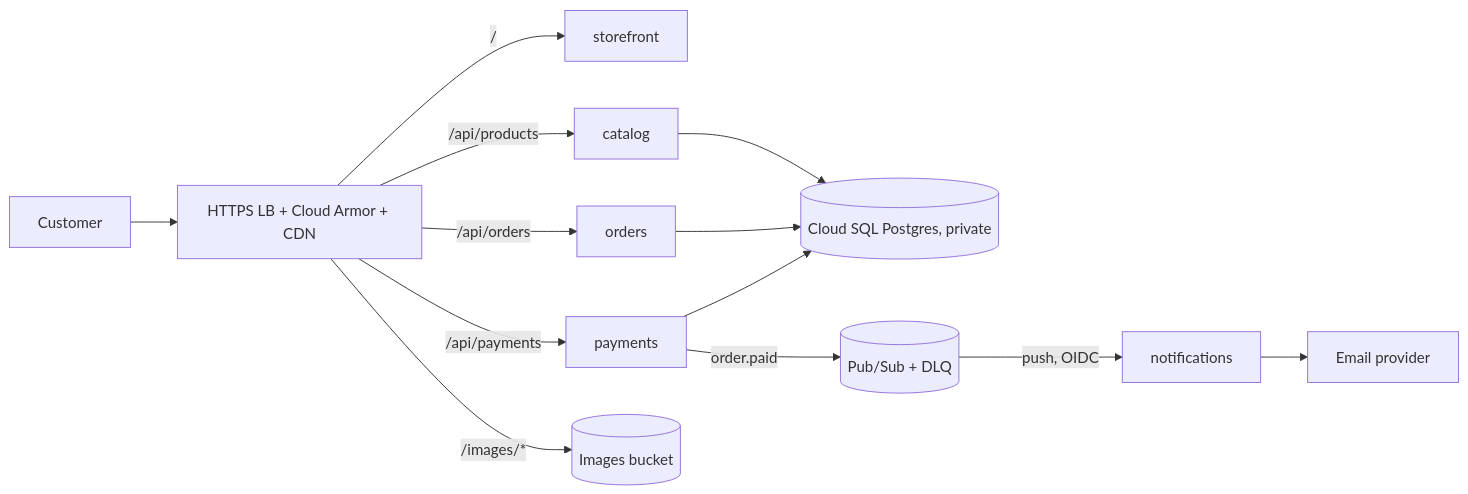
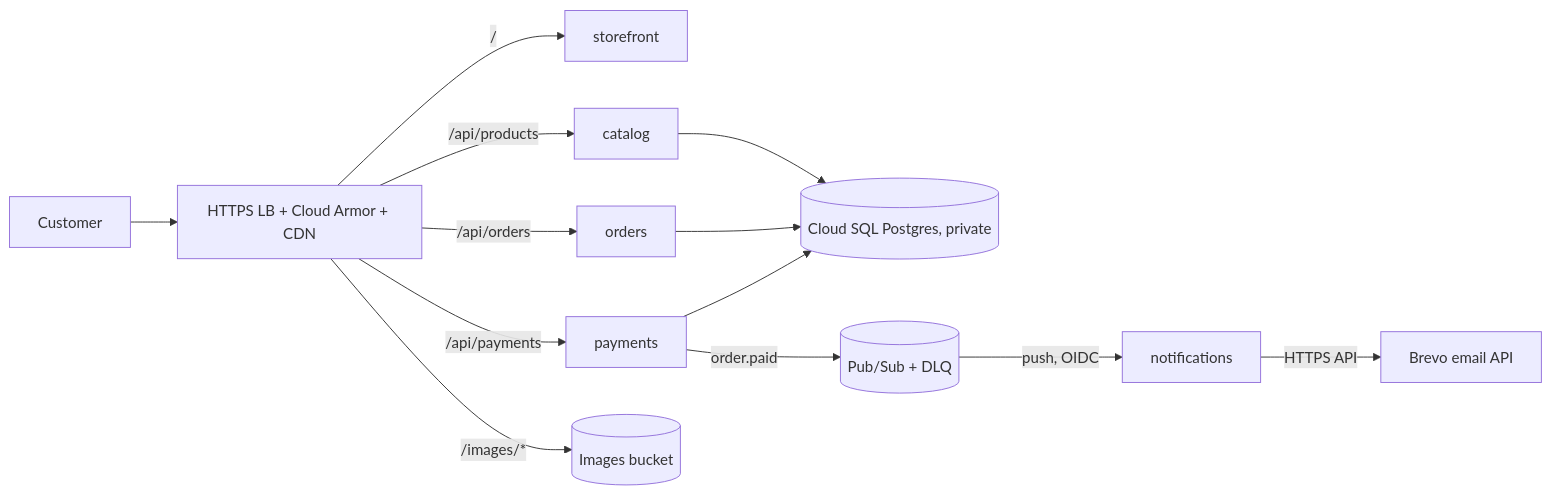
One commit to manojrasia/cloudrun changed the diagram in README.md. Above: the diagram before and after it, drawn with Mermaid. The commit also changed other lines of this file and 2 other files, not shown here.

````diff
--- a/README.md
+++ b/README.md
@@ -17,13 +30,13 @@
 ```mermaid
 flowchart LR
   U[Customer] --> LB[HTTPS LB + Cloud Armor + CDN]
   LB -->|/| SF[storefront]
   LB -->|/api/products| CAT[catalog]
   LB -->|/api/orders| ORD[orders]
   LB -->|/api/payments| PAY[payments]
   LB -->|/images/*| GCS[(Images bucket)]
   CAT & ORD & PAY --> SQL[(Cloud SQL Postgres, private)]
   PAY -->|order.paid| PS[(Pub/Sub + DLQ)]
   PS -->|push, OIDC| NOT[notifications]
-  NOT --> MAIL[Email provider]
+  NOT -->|HTTPS API| MAIL[Brevo email API]
 ```
````
